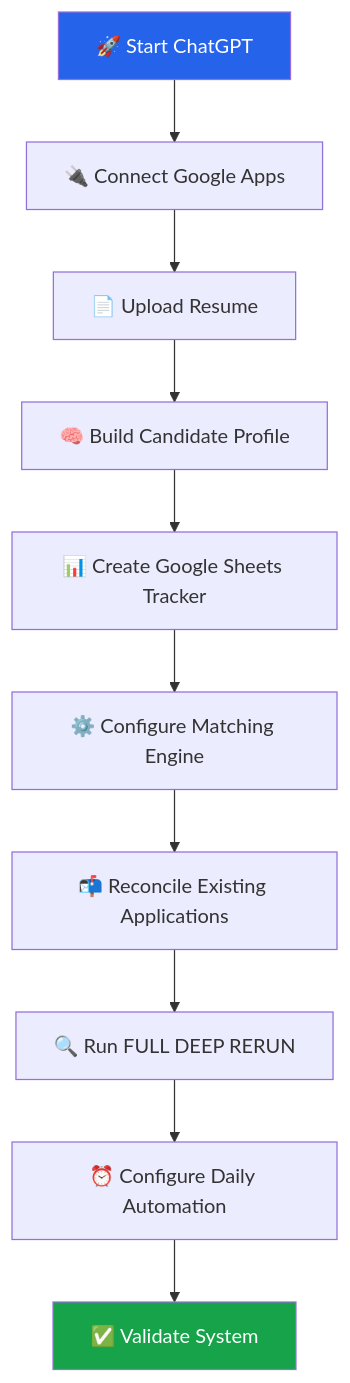
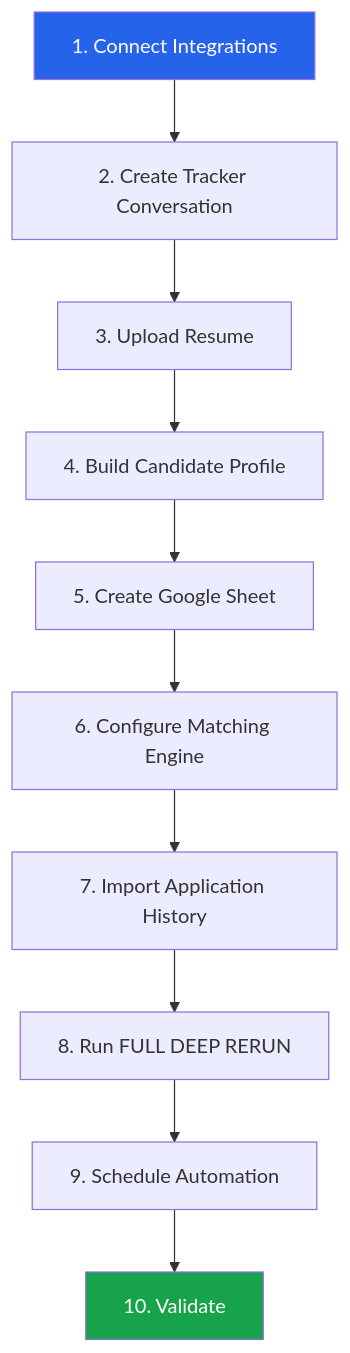
Before and after one commit to phoenix-falcon-rc/career-tracker: the second of 4 diagrams in High-Fit SDE Career Tracker.md, drawn with Mermaid. The commit also changed other lines of this file, not shown here.

````diff
--- a/High-Fit SDE Career Tracker.md
+++ b/High-Fit SDE Career Tracker.md
@@ -102,15 +194,18 @@
 ```mermaid
 flowchart TD
-    A["🚀 Start ChatGPT"] --> B["🔌 Connect Google Apps"]
-    B --> C["📄 Upload Resume"]
-    C --> D["🧠 Build Candidate Profile"]
-    D --> E["📊 Create Google Sheets Tracker"]
-    E --> F["⚙️ Configure Matching Engine"]
-    F --> G["📬 Reconcile Existing Applications"]
-    G --> H["🔍 Run FULL DEEP RERUN"]
-    H --> I["⏰ Configure Daily Automation"]
-    I --> J["✅ Validate System"]
+    A["1. Connect Integrations"]
+    B["2. Create Tracker Conversation"]
+    C["3. Upload Resume"]
+    D["4. Build Candidate Profile"]
+    E["5. Create Google Sheet"]
+    F["6. Configure Matching Engine"]
+    G["7. Import Application History"]
+    H["8. Run FULL DEEP RERUN"]
+    I["9. Schedule Automation"]
+    J["10. Validate"]
+
+    A --> B --> C --> D --> E --> F --> G --> H --> I --> J
 
     style A fill:#2563eb,color:#fff
     style J fill:#16a34a,color:#fff
 ```
````
